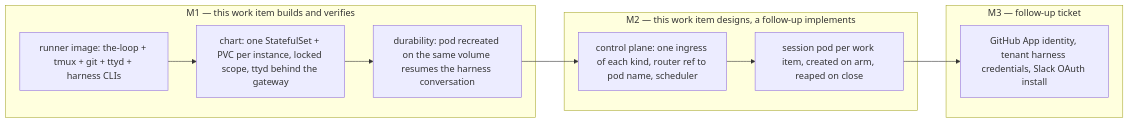
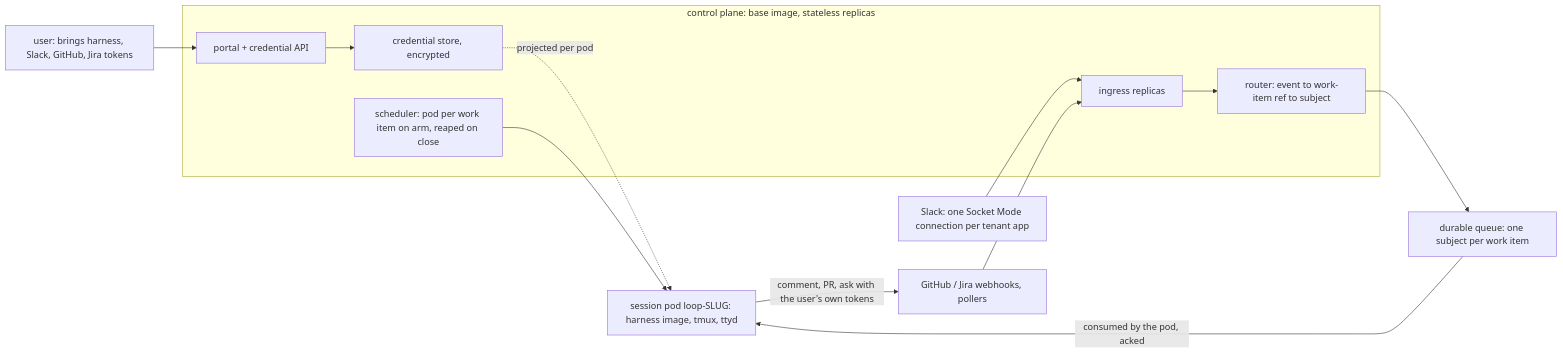
The diagram in docs/specs/issue-492/requirements.md (MadaraUchiha-314/the-loop), drawn with Mermaid before and after one commit. The commit also changed other lines of this file and 1 other file, not shown here.

````diff
--- a/docs/specs/issue-492/requirements.md
+++ b/docs/specs/issue-492/requirements.md
@@ -42,16 +44,16 @@
 ```mermaid
 flowchart LR
-  subgraph M1["M1 — this work item builds and verifies"]
-    IMG["runner image: the-loop + tmux + git + ttyd + harness CLIs"]
-    CH["chart: one StatefulSet + PVC per instance, locked scope, ttyd behind the gateway"]
-    DUR["durability: pod recreated on the same volume resumes the harness conversation"]
+  U["user: brings harness, Slack, GitHub, Jira tokens"] --> PORTAL["portal + credential API"]
+  GH["GitHub / Jira webhooks, pollers"] --> ING["ingress replicas"]
+  SL["Slack: one Socket Mode connection per tenant app"] --> ING
+  subgraph CP["control plane: base image, stateless replicas"]
+    PORTAL --> STORE["credential store, encrypted"]
+    ING --> ROUTER["router: event to work-item ref to subject"]
+    SCHED["scheduler: pod per work item on arm, reaped on close"]
   end
-  subgraph M2["M2 — this work item designs, a follow-up implements"]
-    CP["control plane: one ingress of each kind, router ref to pod name, scheduler"]
-    SP["session pod per work item, created on arm, reaped on close"]
-  end
-  subgraph M3["M3 — follow-up ticket"]
-    APP["GitHub App identity, tenant harness credentials, Slack OAuth install"]
-  end
-  IMG --> CH --> DUR --> CP --> SP --> APP
+  ROUTER --> Q["durable queue: one subject per work item"]
+  STORE -. "projected per pod" .-> POD
+  SCHED --> POD["session pod loop-SLUG: harness image, tmux, ttyd"]
+  Q -- "consumed by the pod, acked" --> POD
+  POD -- "comment, PR, ask with the user's own tokens" --> GH
 ```
````
